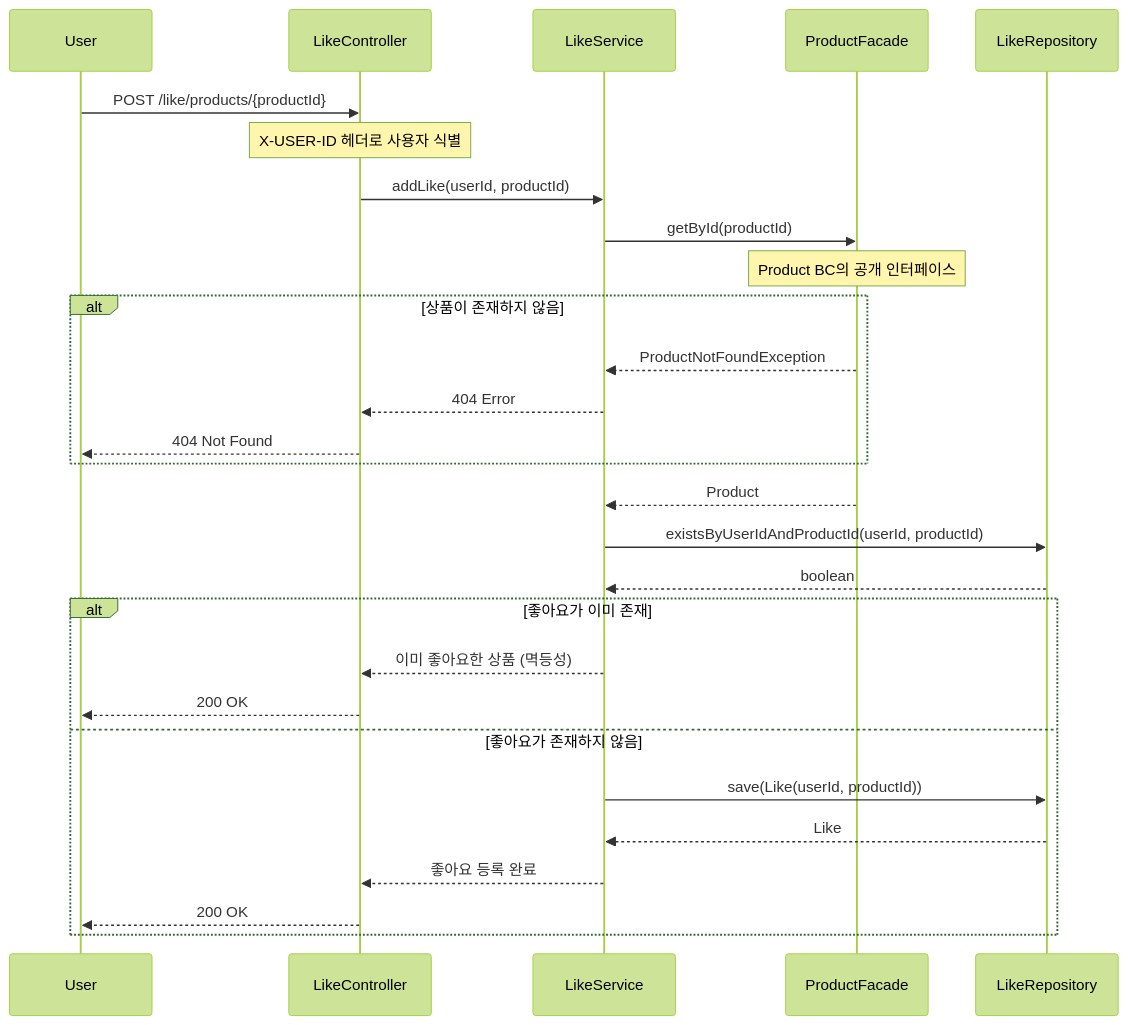
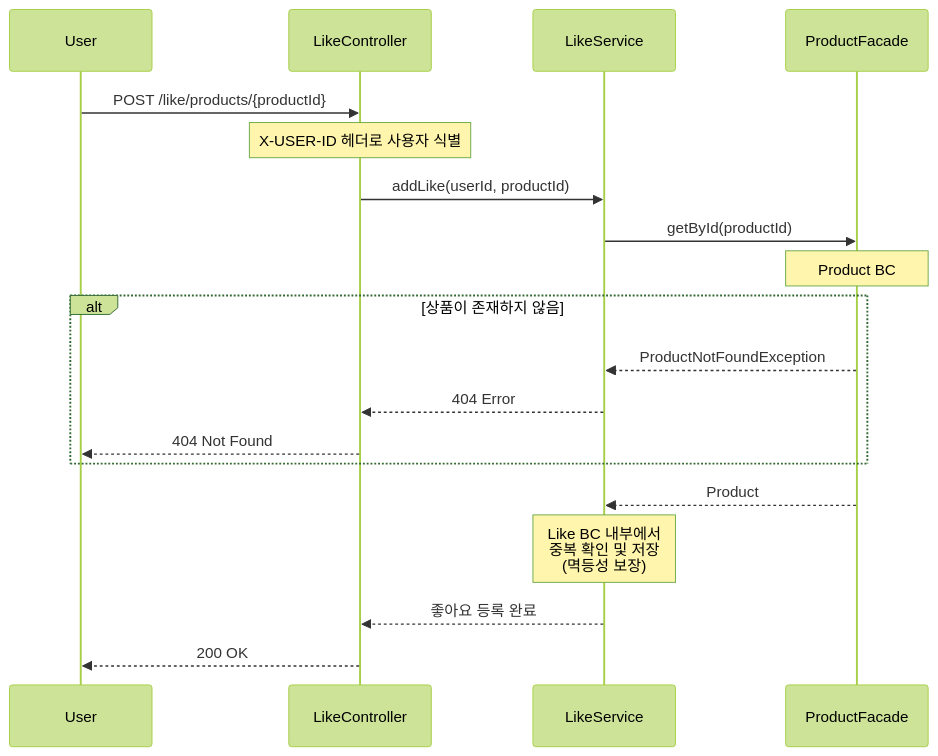
The second of 5 diagrams in .docs/design/02-sequence-diagrams.md (Loopers-dev-lab/loopers-spring-kotlin-template), drawn with Mermaid (forest theme) before and after one commit. The commit also changed other lines of this file, not shown here.

Commit message:
fix: Repository 를 시퀀스 다이어그램 표현에서 배제

````diff
--- a/.docs/design/02-sequence-diagrams.md
+++ b/.docs/design/02-sequence-diagrams.md
@@ -54,36 +52,27 @@
 ```mermaid
 sequenceDiagram
     participant User
     participant LikeController
     participant LikeService
     participant ProductFacade
-    participant LikeRepository
 
     User->>LikeController: POST /like/products/{productId}
     Note over LikeController: X-USER-ID 헤더로 사용자 식별
 
     LikeController->>LikeService: addLike(userId, productId)
 
     LikeService->>ProductFacade: getById(productId)
-    Note over ProductFacade: Product BC의 공개 인터페이스
+    Note over ProductFacade: Product BC
     alt 상품이 존재하지 않음
         ProductFacade-->>LikeService: ProductNotFoundException
         LikeService-->>LikeController: 404 Error
         LikeController-->>User: 404 Not Found
     end
 
     ProductFacade-->>LikeService: Product
 
-    LikeService->>LikeRepository: existsByUserIdAndProductId(userId, productId)
-    LikeRepository-->>LikeService: boolean
+    Note over LikeService: Like BC 내부에서<br/>중복 확인 및 저장<br/>(멱등성 보장)
 
-    alt 좋아요가 이미 존재
-        LikeService-->>LikeController: 이미 좋아요한 상품 (멱등성)
-        LikeController-->>User: 200 OK
-    else 좋아요가 존재하지 않음
-        LikeService->>LikeRepository: save(Like(userId, productId))
-        LikeRepository-->>LikeService: Like
-        LikeService-->>LikeController: 좋아요 등록 완료
-        LikeController-->>User: 200 OK
-    end
+    LikeService-->>LikeController: 좋아요 등록 완료
+    LikeController-->>User: 200 OK
 ```
````
